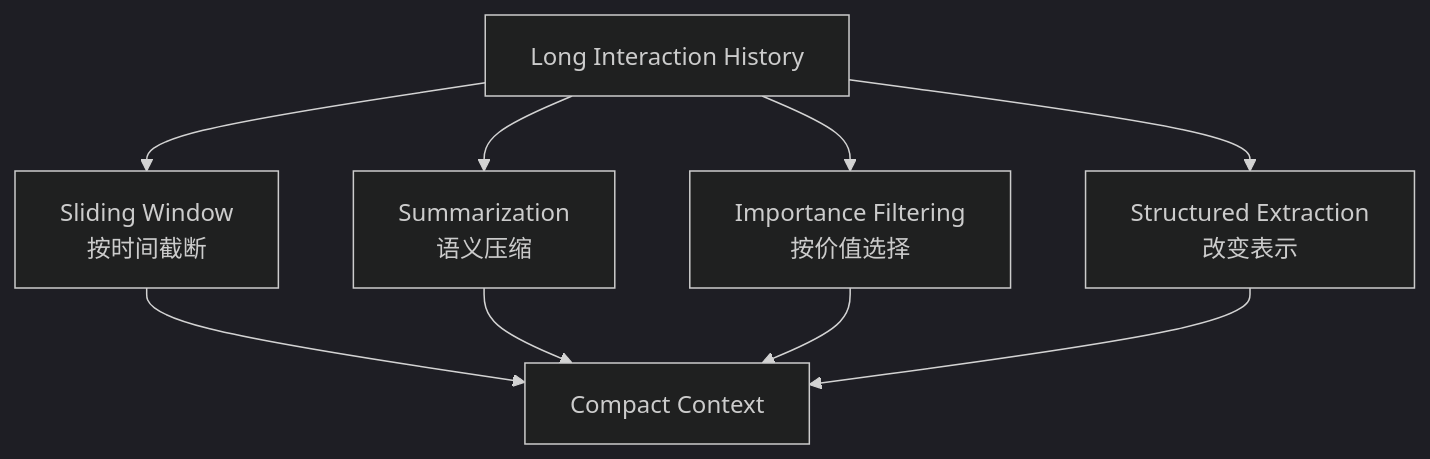
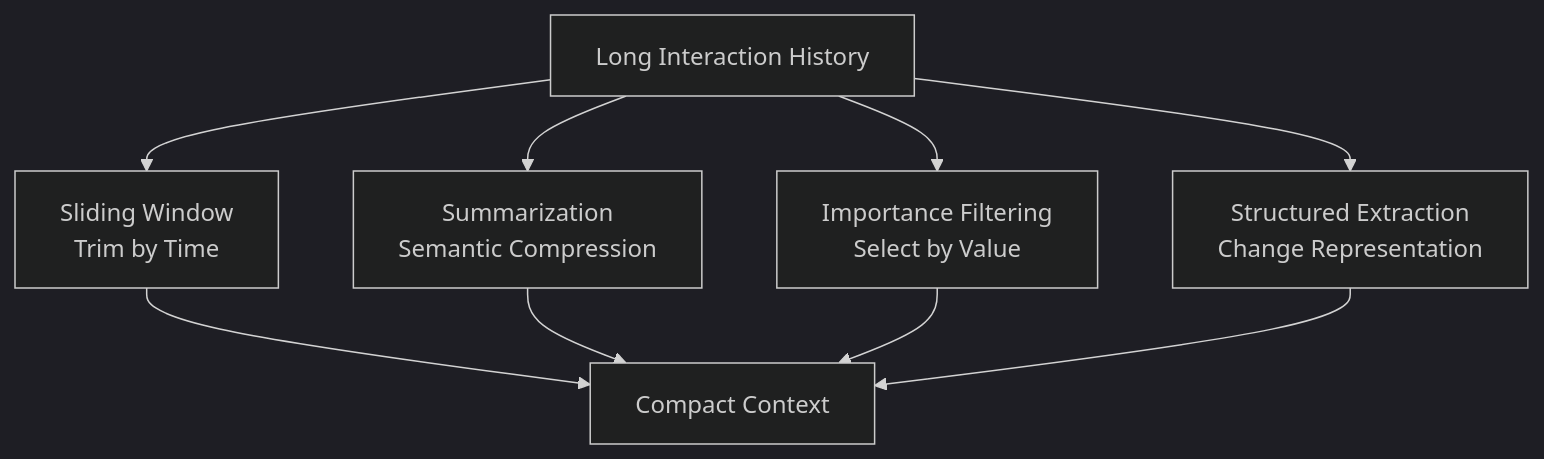
Before and after one commit to oneleaveknowsthefall/awesome-ai-roadmap: the first of 15 diagrams in docs/agent/03-memory-context/10-agent-memory-compression.md, drawn with Mermaid (dark theme). The commit also changed other lines of this file and 68 other files, not shown here.

````diff
--- a/docs/agent/03-memory-context/10-agent-memory-compression.md
+++ b/docs/agent/03-memory-context/10-agent-memory-compression.md
@@ -71,12 +71,12 @@
 ```mermaid
 flowchart TB
-    H[Long Interaction History] --> W[Sliding Window<br/>按时间截断]
-    H --> S[Summarization<br/>语义压缩]
-    H --> I[Importance Filtering<br/>按价值选择]
-    H --> E[Structured Extraction<br/>改变表示]
+    H[Long Interaction History] --> W[Sliding Window<br/>Trim by Time]
+    H --> S[Summarization<br/>Semantic Compression]
+    H --> I[Importance Filtering<br/>Select by Value]
+    H --> E[Structured Extraction<br/>Change Representation]
 
     W --> C[Compact Context]
     S --> C
     I --> C
     E --> C
 ```
````
